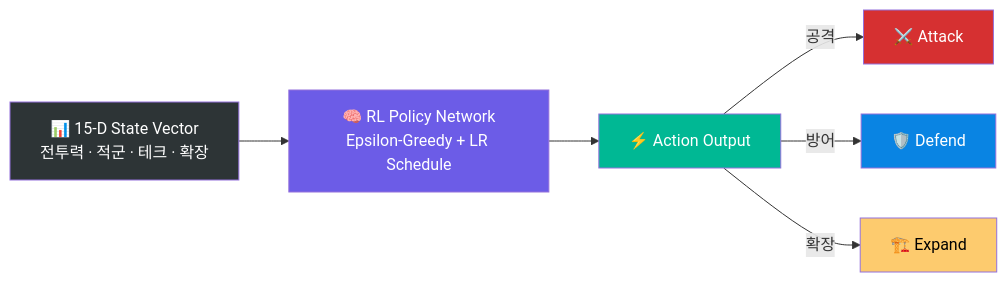
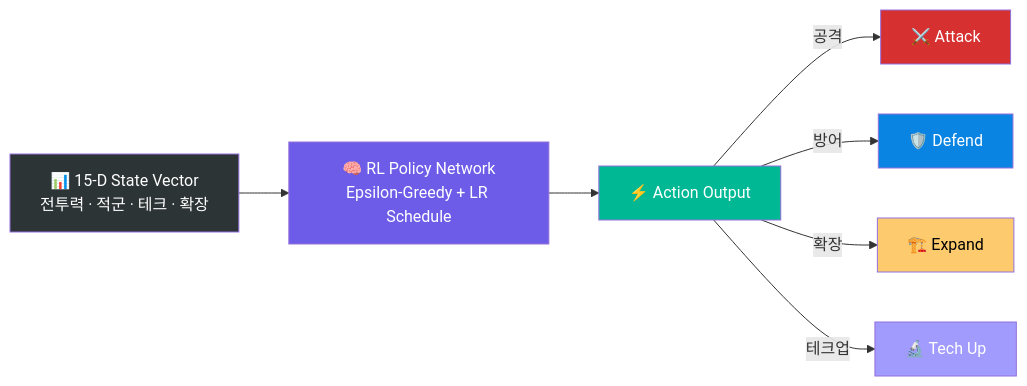
One commit to sun475300-sudo/Swarm-control-in-sc2bot changed the third of 29 diagrams in README.md. Above: the diagram before and after it, drawn with Mermaid. The commit also changed other lines of this file and 9 other files, not shown here.

````diff
--- a/README.md
+++ b/README.md
@@ -129,19 +139,21 @@
 ```mermaid
 graph LR
     STATE["📊 15-D State Vector<br/>전투력 · 적군 · 테크 · 확장"]
     POLICY["🧠 RL Policy Network<br/>Epsilon-Greedy + LR Schedule"]
     ACTION["⚡ Action Output"]
 
     STATE --> POLICY --> ACTION
 
     ACTION -->|"공격"| ATK["⚔️ Attack"]
     ACTION -->|"방어"| DEF["🛡️ Defend"]
     ACTION -->|"확장"| EXP["🏗️ Expand"]
+    ACTION -->|"테크업"| TECH["🔬 Tech Up"]
 
     style STATE fill:#2d3436,color:#fff
     style POLICY fill:#6c5ce7,color:#fff
     style ACTION fill:#00b894,color:#fff
     style ATK fill:#d63031,color:#fff
     style DEF fill:#0984e3,color:#fff
     style EXP fill:#fdcb6e,color:#000
+    style TECH fill:#a29bfe,color:#fff
 ```
````
